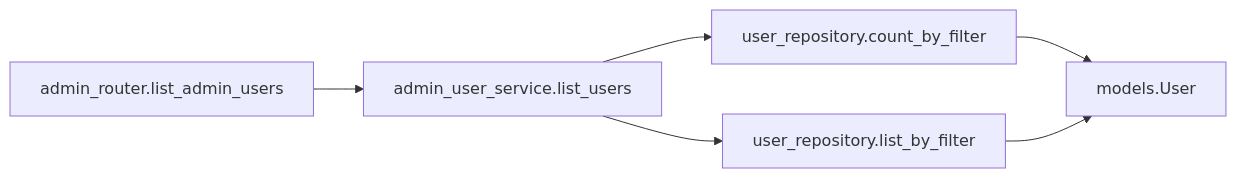
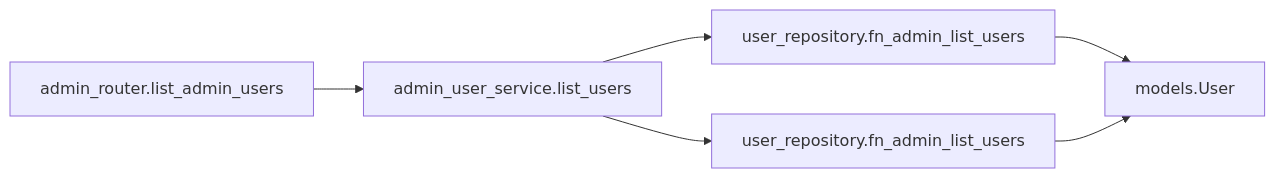
The third of 4 diagrams in detailed_design/api/admin/01_get_admin_users.md (oikawa-d/task_management), drawn with Mermaid before and after one commit. The commit also changed other lines of this file and 58 other files, not shown here.

````diff
--- a/detailed_design/api/admin/01_get_admin_users.md
+++ b/detailed_design/api/admin/01_get_admin_users.md
@@ -194,8 +194,8 @@
 ```mermaid
 flowchart LR
     R["admin_router.list_admin_users"] --> S["admin_user_service.list_users"]
-    S --> RP1["user_repository.count_by_filter"]
-    S --> RP2["user_repository.list_by_filter"]
+    S --> RP1["user_repository.fn_admin_list_users"]
+    S --> RP2["user_repository.fn_admin_list_users"]
     RP1 --> M["models.User"]
     RP2 --> M
 ```
````
